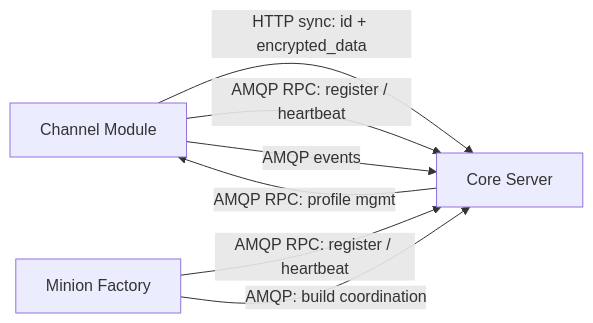
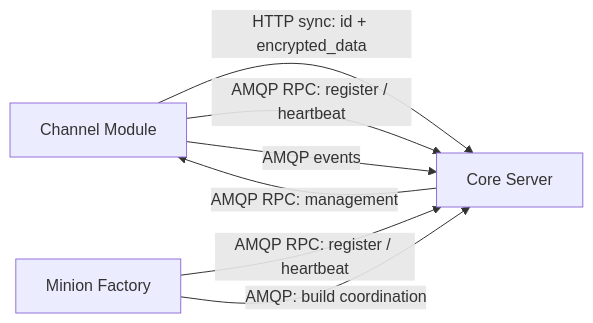
Before and after one commit to LogosCore/logos-docs: the diagram in src/content/docs/contracts/overview.md, drawn with Mermaid. The commit also changed other lines of this file and 22 other files, not shown here.

````diff
--- a/src/content/docs/contracts/overview.md
+++ b/src/content/docs/contracts/overview.md
@@ -42,13 +44,13 @@
 ```mermaid
 graph LR
     CH[Channel Module]
     CS[Core Server]
     IP[Minion Factory]
 
     CH -- "HTTP sync: id + encrypted_data" --> CS
     CH -- "AMQP RPC: register / heartbeat" --> CS
-    CS -- "AMQP RPC: profile mgmt" --> CH
+    CS -- "AMQP RPC: management" --> CH
     CH -- "AMQP events" --> CS
     IP -- "AMQP RPC: register / heartbeat" --> CS
     IP -- "AMQP: build coordination" --> CS
 ```
````
